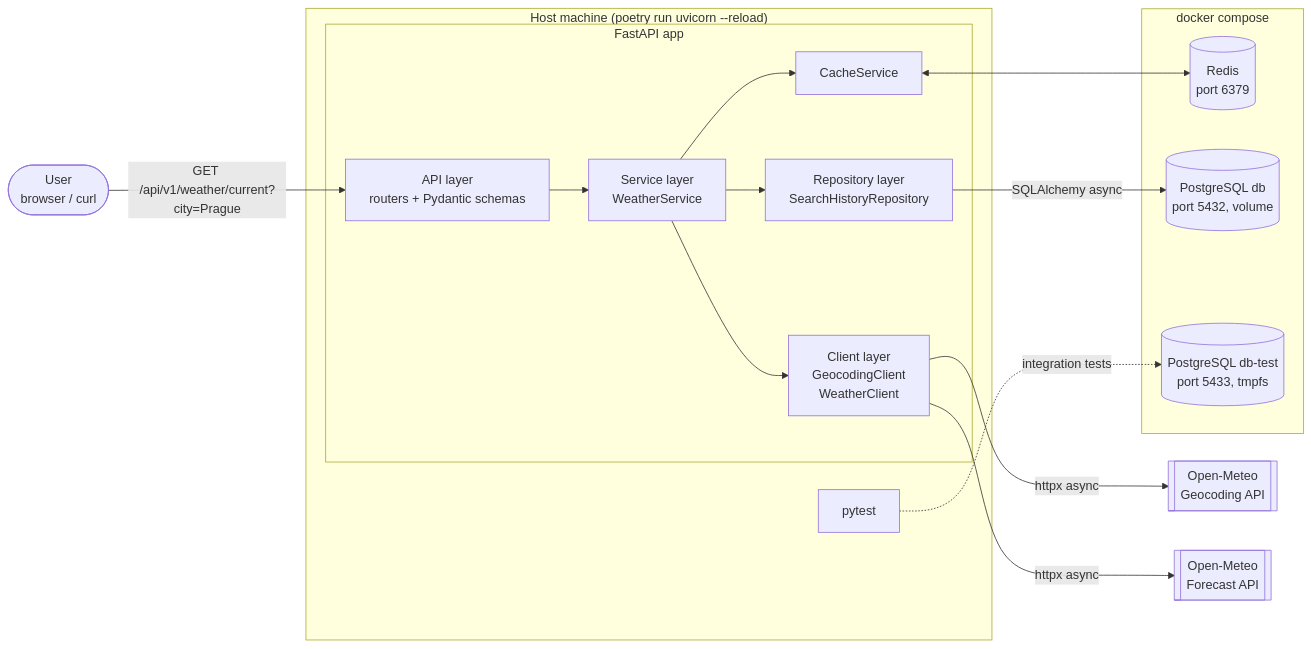
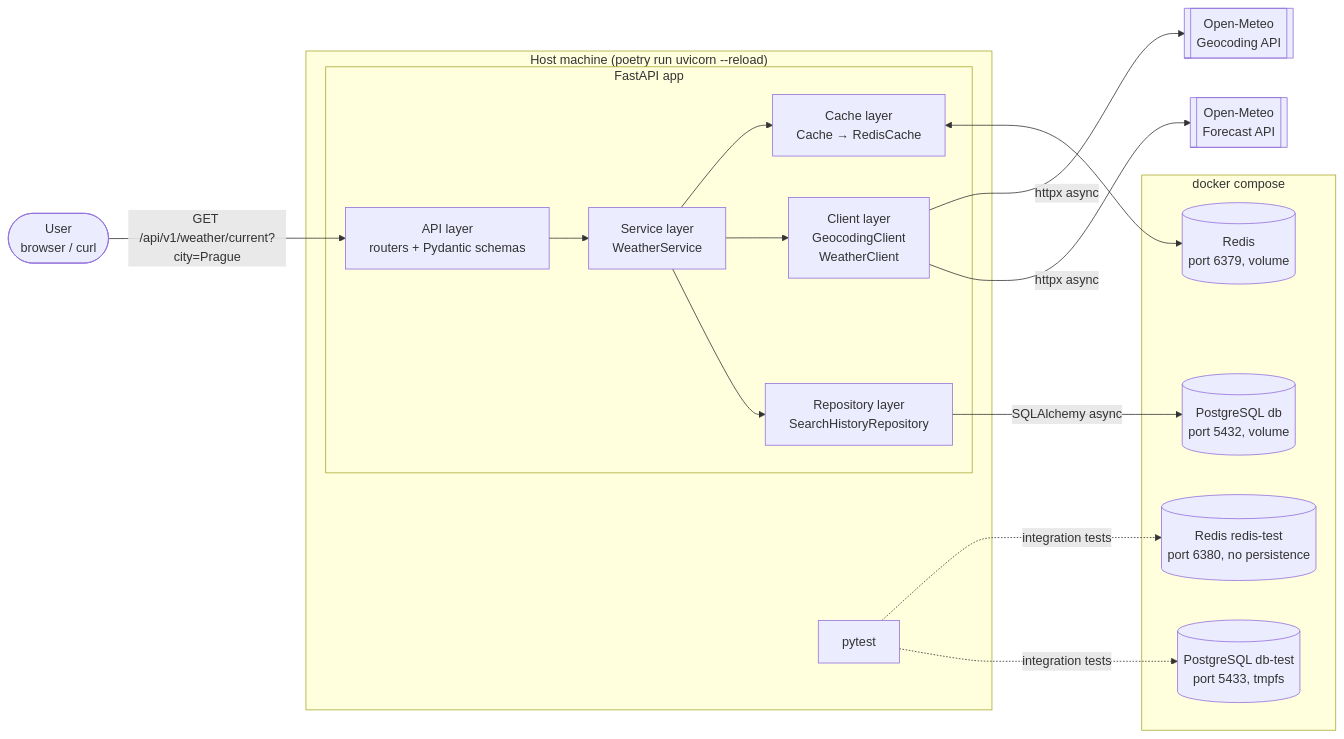
One commit to loktiyur/weather_forecaster changed the first of 5 diagrams in ARCHITECTURE.md. Above: the diagram before and after it, drawn with Mermaid. The commit also changed other lines of this file and 27 other files, not shown here.

Commit message:
feat: Redis cache added[Phase 3]

````diff
--- a/ARCHITECTURE.md
+++ b/ARCHITECTURE.md
@@ -70,35 +70,37 @@
 ```mermaid
 flowchart LR
     user([User<br/>browser / curl])
 
     subgraph host["Host machine (poetry run uvicorn --reload)"]
         subgraph api[FastAPI app]
             routes[API layer<br/>routers + Pydantic schemas]
             service[Service layer<br/>WeatherService]
             clients[Client layer<br/>GeocodingClient<br/>WeatherClient]
             repo[Repository layer<br/>SearchHistoryRepository]
-            cache[CacheService]
+            cache[Cache layer<br/>Cache → RedisCache]
         end
         tests[pytest]
     end
 
     subgraph compose[docker compose]
-        redis[("Redis<br/>port 6379")]
+        redis[("Redis<br/>port 6379, volume")]
+        redistest[("Redis redis-test<br/>port 6380, no persistence")]
         pg[("PostgreSQL db<br/>port 5432, volume")]
         pgtest[("PostgreSQL db-test<br/>port 5433, tmpfs")]
     end
 
     geo[[Open-Meteo<br/>Geocoding API]]
     meteo[[Open-Meteo<br/>Forecast API]]
 
     user -- "GET /api/v1/weather/current?city=Prague" --> routes
     routes --> service
     service --> cache
     cache <--> redis
     service --> clients
     clients -- httpx async --> geo
     clients -- httpx async --> meteo
     service --> repo
     repo -- SQLAlchemy async --> pg
+    tests -. integration tests .-> redistest
     tests -. integration tests .-> pgtest
 ```
````
